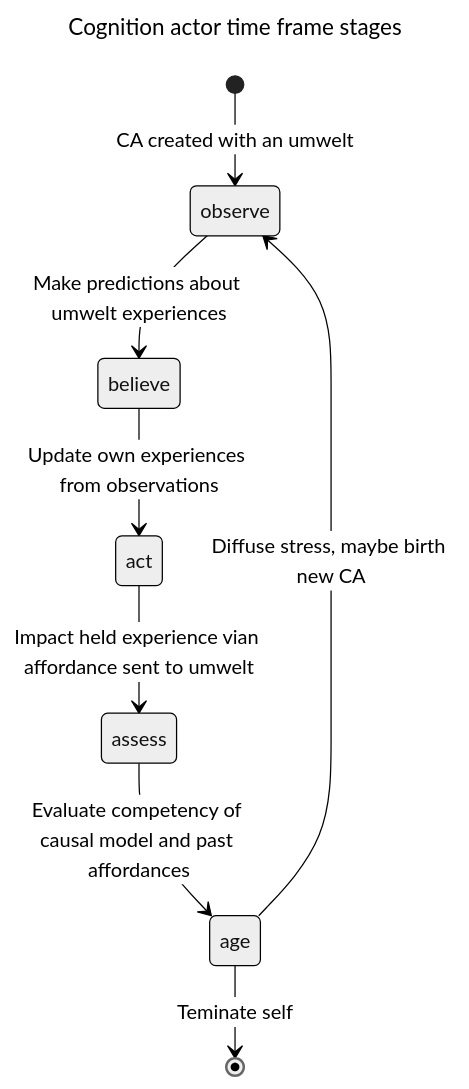
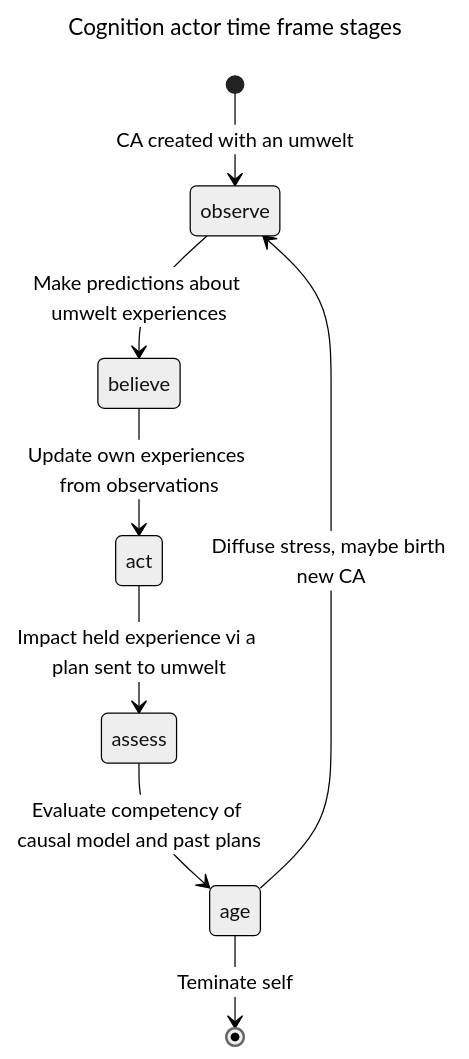
Before and after one commit to jfcloutier/karma_system: the diagram in design_notes/cognition_actors.md, drawn with Mermaid (neutral theme). The commit also changed other lines of this file and 9 other files, not shown here.

Commit message:
affordance -> plan (except when reusable)

````diff
--- a/design_notes/cognition_actors.md
+++ b/design_notes/cognition_actors.md
@@ -130,14 +130,14 @@
 ```mermaid
 ---
 title: Cognition actor time frame stages
 ---
 stateDiagram-v2
     [*] --> observe: CA created with an umwelt
 
     observe --> believe: Make predictions about umwelt experiences
     believe --> act: Update own experiences from observations
-    act --> assess: Impact held experience vian affordance sent to umwelt
-    assess --> age: Evaluate competency of causal model and past affordances
+    act --> assess: Impact held experience vi a plan sent to umwelt
+    assess --> age: Evaluate competency of causal model and past plans
     age --> observe: Diffuse stress, maybe birth new CA
     age --> [*]: Teminate self
 ```
````
